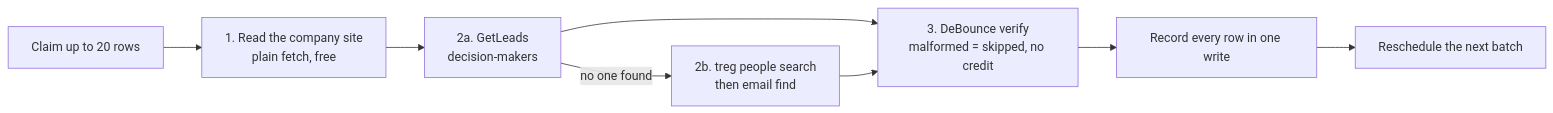
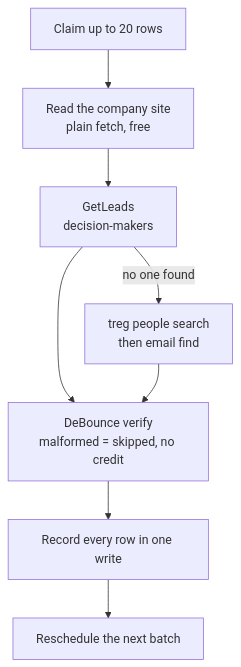
The second of 6 diagrams in docs/case-studies/portal-architecture.md (Trav54219/gtm-engineering-portfolio), drawn with Mermaid before and after one commit. The commit also changed other lines of this file, not shown here.

Commit message:
Portal architecture: fix lead-build diagram labels, vertical diagrams, align rows without logos

````diff
--- a/docs/case-studies/portal-architecture.md
+++ b/docs/case-studies/portal-architecture.md
@@ -140,10 +140,10 @@
 ```mermaid
-flowchart LR
-  Q[Claim up to 20 rows] --> S[1. Read the company site<br/>plain fetch, free]
-  S --> G[2a. GetLeads<br/>decision-makers]
-  G -->|no one found| T[2b. treg people search<br/>then email find]
+flowchart TD
+  Q[Claim up to 20 rows] --> S[Read the company site<br/>plain fetch, free]
+  S --> G[GetLeads<br/>decision-makers]
+  G -->|no one found| T[treg people search<br/>then email find]
   G --> V
-  T --> V[3. DeBounce verify<br/>malformed = skipped, no credit]
+  T --> V[DeBounce verify<br/>malformed = skipped, no credit]
   V --> R[Record every row in one write]
   R --> N[Reschedule the next batch]
 ```
````
